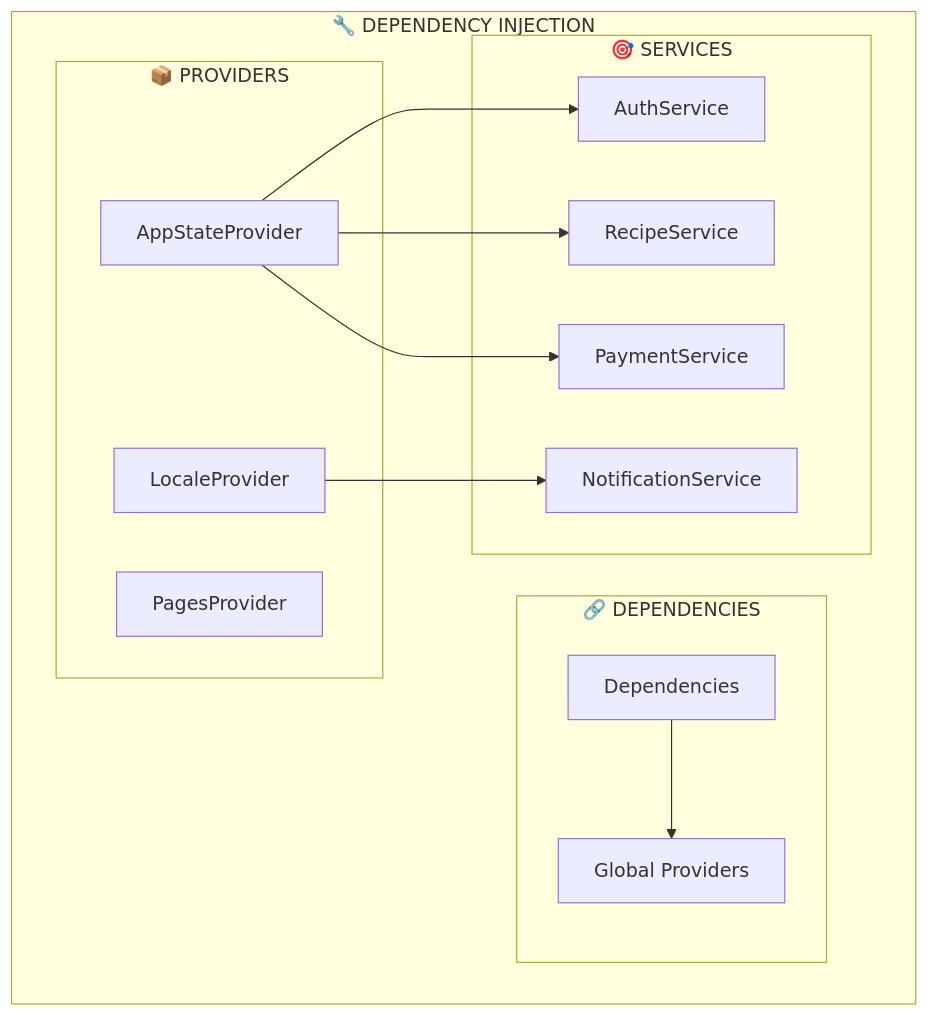
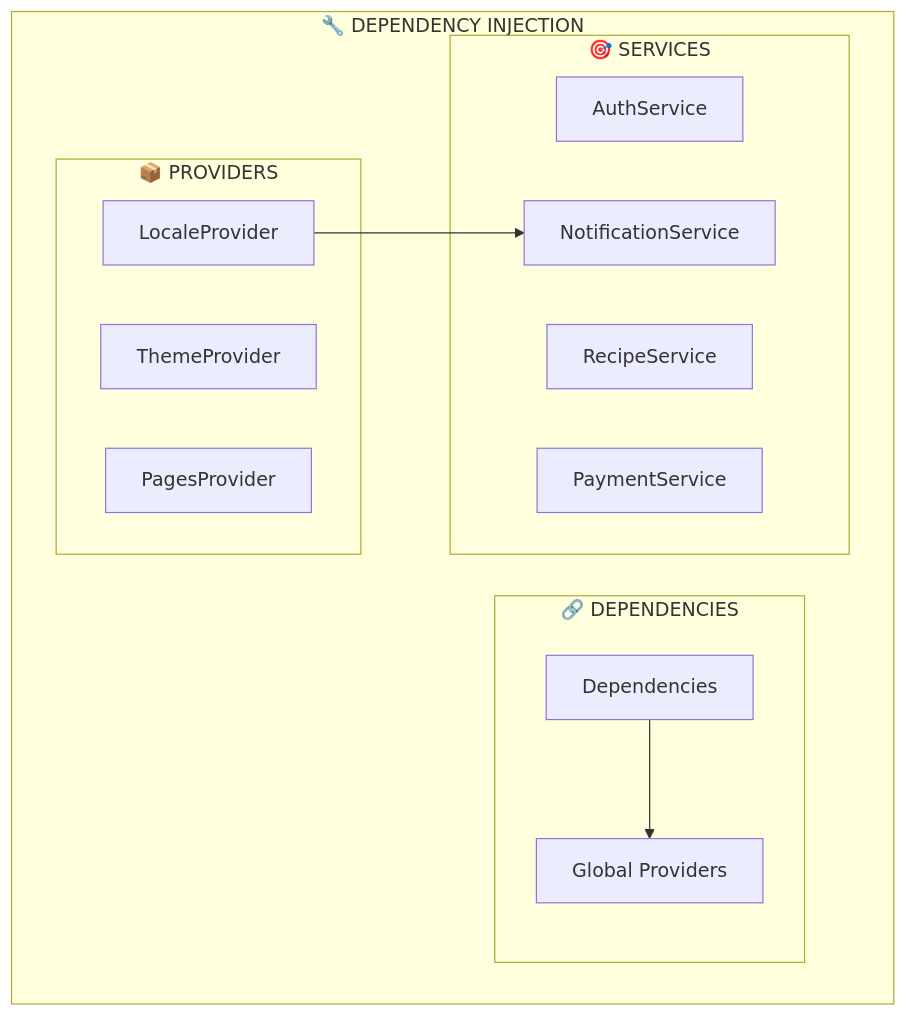
One commit to ngonzanosaborperuano/comidaperuana changed the seventh of 10 diagrams in PROJECT_DIAGRAM.md. Above: the diagram before and after it, drawn with Mermaid. The commit also changed 23 other files, not shown here.

````diff
--- a/PROJECT_DIAGRAM.md
+++ b/PROJECT_DIAGRAM.md
@@ -269,28 +269,26 @@
 ```mermaid
 graph TB
     subgraph "🔧 DEPENDENCY INJECTION"
         subgraph "📦 PROVIDERS"
-            AppStateProvider[AppStateProvider]
             LocaleProvider[LocaleProvider]
+            ThemeProvider[ThemeProvider]
             PagesProvider[PagesProvider]
         end
 
         subgraph "🔗 DEPENDENCIES"
             Dependencies[Dependencies]
             GlobalProviders[Global Providers]
         end
 
         subgraph "🎯 SERVICES"
             AuthService[AuthService]
             RecipeService[RecipeService]
             PaymentService[PaymentService]
             NotificationService[NotificationService]
         end
     end
 
-    AppStateProvider --> AuthService
-    AppStateProvider --> RecipeService
-    AppStateProvider --> PaymentService
+
     LocaleProvider --> NotificationService
     Dependencies --> GlobalProviders
 ```
````
